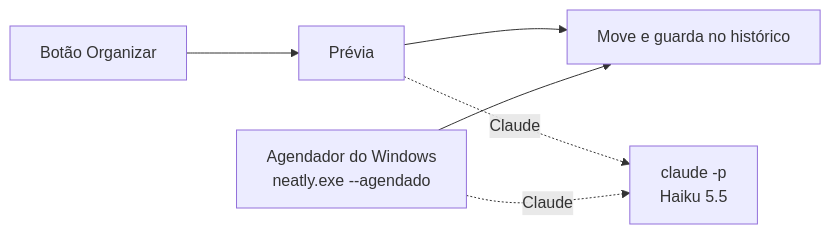
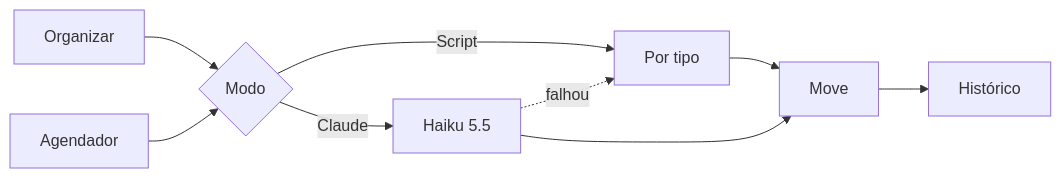
One commit to ArturoAndreatta/neatly changed the diagram in README.md. Above: the diagram before and after it, drawn with Mermaid. The commit also changed other lines of this file, not shown here.

Commit message:
docs: diagrama do README com rótulos curtos

````diff
--- a/README.md
+++ b/README.md
@@ -144,8 +144,11 @@
 ```mermaid
 flowchart LR
-    A["Botão Organizar"] --> P["Prévia"]
-    P --> M["Move e guarda no histórico"]
-    T["Agendador do Windows<br>neatly.exe --agendado"] --> M
-    P -.Claude.-> C["claude -p<br>Haiku 5.5"]
-    T -.Claude.-> C
+    O["Organizar"] --> D{"Modo"}
+    A["Agendador"] --> D
+    D -- Script --> T["Por tipo"]
+    D -- Claude --> C["Haiku 5.5"]
+    C -. falhou .-> T
+    T --> M["Move"]
+    C --> M
+    M --> H["Histórico"]
 ```
````
